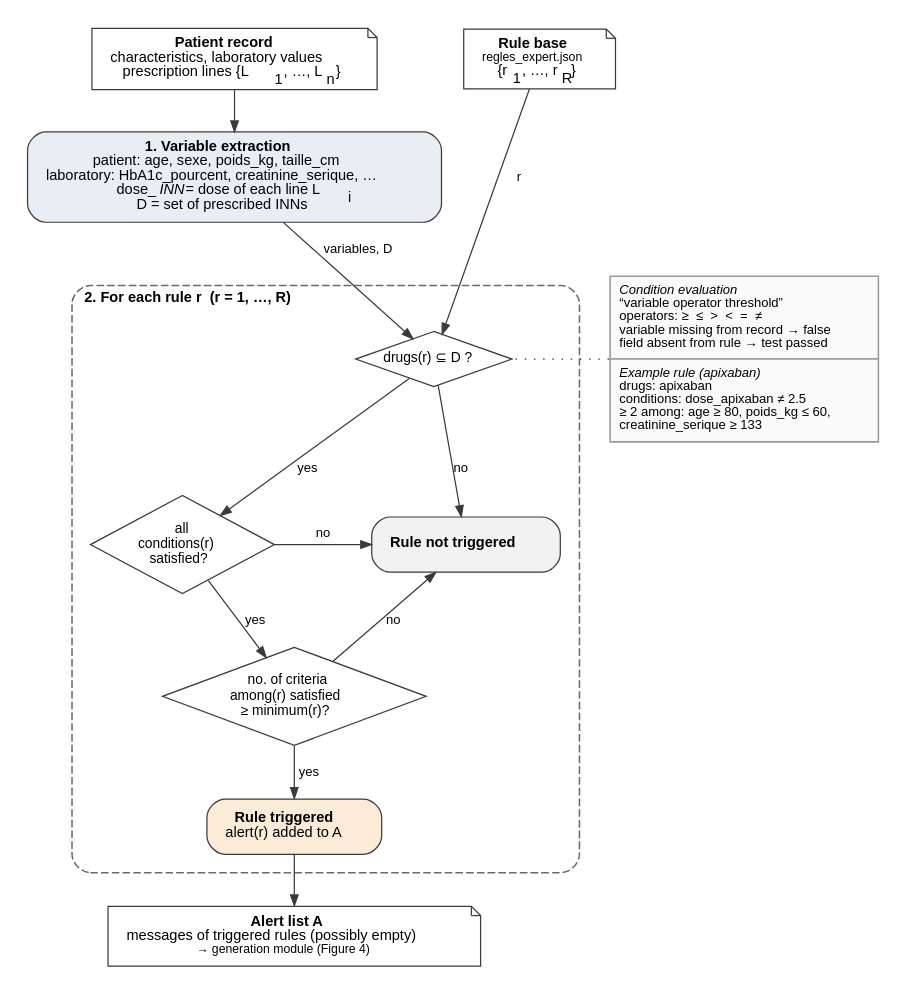
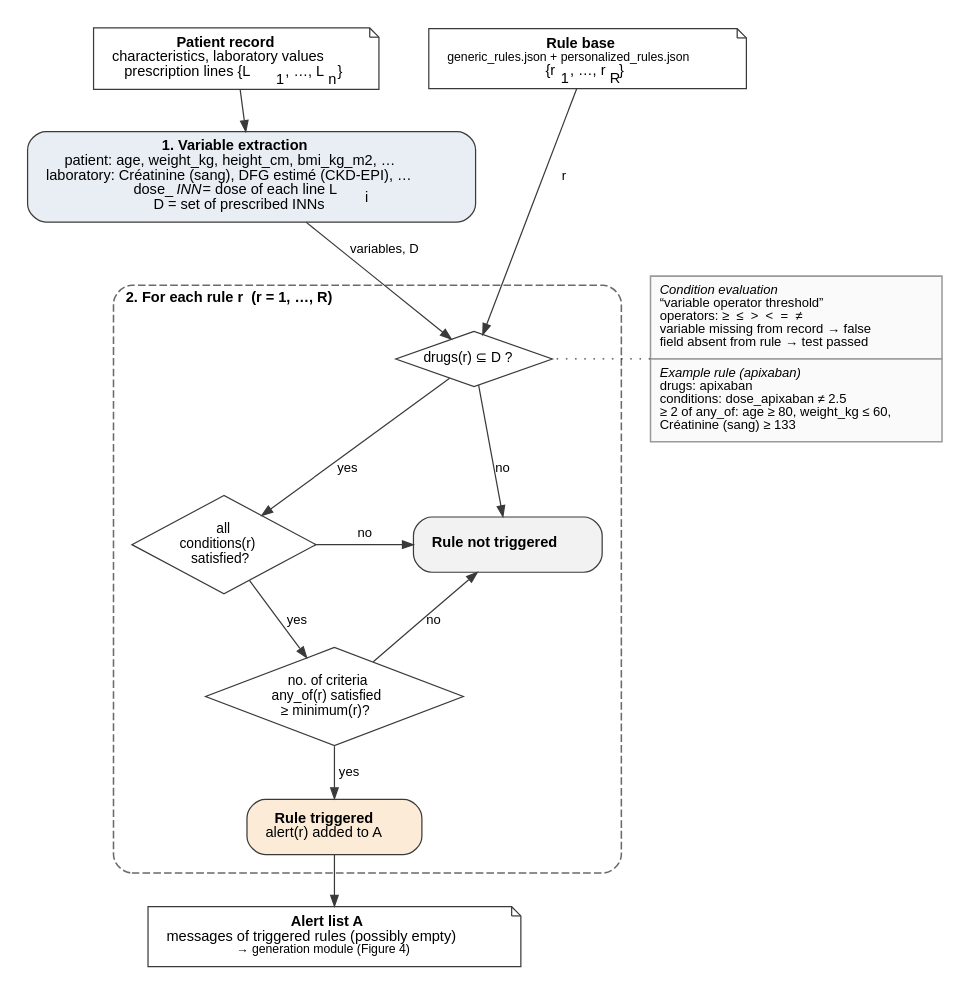
One commit to naikenisen/projet_pui changed the diagram in paper/figures_en/figure_3.dot. Above: the diagram before and after it, drawn with Graphviz. The commit also changed 157 other files, not shown here.

```diff
--- a/paper/figures_en/figure_3.dot
+++ b/paper/figures_en/figure_3.dot
@@ -1,54 +1,54 @@
-// Figure 3: rule-based expert system (expert_system.py)
+// Figure 3: Knowledge-Based System (kbs.py)
 // Export: dot -Tpdf figure_3.dot -o figure_3.pdf
-digraph expert_system {
+digraph kbs {
     graph [rankdir=TB, fontname="Helvetica", fontsize=10, nodesep=0.45, ranksep=0.35, pad=0.15, newrank=true];
     node  [fontname="Helvetica", fontsize=9.5, color="#3A3A3A", penwidth=0.8,
            shape=box, style="rounded,filled", fillcolor="#E9EEF4", margin="0.16,0.08"];
     edge  [fontname="Helvetica", fontsize=8.5, color="#3A3A3A", arrowsize=0.7, penwidth=0.8];
 
     // Inputs
-    dossier [shape=note, style=filled, fillcolor="#FFFFFF", label=<<B>Patient record</B><BR/>characteristics, laboratory values<BR/>prescription lines {L<SUB>1</SUB>, …, L<SUB>n</SUB>}>];
-    regles [shape=note, style=filled, fillcolor="#FFFFFF", label=<<B>Rule base</B><BR/><FONT POINT-SIZE="8.5">regles_expert.json</FONT><BR/>{r<SUB>1</SUB>, …, r<SUB>R</SUB>}>];
-    { rank=same; dossier; regles; }
+    record [shape=note, style=filled, fillcolor="#FFFFFF", label=<<B>Patient record</B><BR/>characteristics, laboratory values<BR/>prescription lines {L<SUB>1</SUB>, …, L<SUB>n</SUB>}>];
+    rules [shape=note, style=filled, fillcolor="#FFFFFF", label=<<B>Rule base</B><BR/><FONT POINT-SIZE="8.5">generic_rules.json + personalized_rules.json</FONT><BR/>{r<SUB>1</SUB>, …, r<SUB>R</SUB>}>];
+    { rank=same; record; rules; }
 
     // Step 1
-    variables [label=<<B>1. Variable extraction</B><BR/>patient: age, sexe, poids_kg, taille_cm<BR/>laboratory: HbA1c_pourcent, creatinine_serique, …<BR/>dose_<I>INN</I> = dose of each line L<SUB>i</SUB><BR/>D = set of prescribed INNs>];
+    variables [label=<<B>1. Variable extraction</B><BR/>patient: age, weight_kg, height_cm, bmi_kg_m2, …<BR/>laboratory: Créatinine (sang), DFG estimé (CKD-EPI), …<BR/>dose_<I>INN</I> = dose of each line L<SUB>i</SUB><BR/>D = set of prescribed INNs>];
 
     // Step 2: iteration over rules
-    subgraph cluster_regles {
+    subgraph cluster_rules {
         label=<<B>2. For each rule r  (r = 1, …, R)</B>>;
         labeljust=l; fontsize=9.5; style="dashed,rounded"; color="#6A6A6A"; margin=12;
 
         node [shape=diamond, style=filled, fillcolor="#FFFFFF", margin="0.02,0.02", fontsize=9];
         t1 [label=<drugs(r) ⊆ D ?>];
         t2 [label=<all<BR/>conditions(r)<BR/>satisfied?>];
-        t3 [label=<no. of criteria<BR/>among(r) satisfied<BR/>≥ minimum(r)?>];
+        t3 [label=<no. of criteria<BR/>any_of(r) satisfied<BR/>≥ minimum(r)?>];
 
         node [shape=box, style="rounded,filled", margin="0.16,0.08", fontsize=9.5];
-        alerte [fillcolor="#FCEBD7", label=<<B>Rule triggered</B><BR/>alert(r) added to A>];
-        rejet  [fillcolor="#F2F2F2", label=<<B>Rule not triggered</B>>];
+        alert [fillcolor="#FCEBD7", label=<<B>Rule triggered</B><BR/>alert(r) added to A>];
+        rejected  [fillcolor="#F2F2F2", label=<<B>Rule not triggered</B>>];
 
         t1 -> t2 [label=" yes"];
         t2 -> t3 [label=" yes"];
-        t3 -> alerte [label=" yes"];
-        t1 -> rejet [label="no"];
-        t2 -> rejet [label="no"];
-        t3 -> rejet [label="no"];
-        { rank=same; t2; rejet; }
+        t3 -> alert [label=" yes"];
+        t1 -> rejected [label="no"];
+        t2 -> rejected [label="no"];
+        t3 -> rejected [label="no"];
+        { rank=same; t2; rejected; }
     }
 
-    syntaxe [shape=plain, fontsize=8.5, label=<<TABLE BORDER="0" CELLBORDER="1" CELLSPACING="0" CELLPADDING="5" COLOR="#9A9A9A">
+    syntax [shape=plain, fontsize=8.5, label=<<TABLE BORDER="0" CELLBORDER="1" CELLSPACING="0" CELLPADDING="5" COLOR="#9A9A9A">
         <TR><TD ALIGN="LEFT" BGCOLOR="#FAFAFA"><I>Condition evaluation</I><BR ALIGN="LEFT"/>“variable operator threshold”<BR ALIGN="LEFT"/>operators: ≥  ≤  &gt;  &lt;  =  ≠<BR ALIGN="LEFT"/>variable missing from record → false<BR ALIGN="LEFT"/>field absent from rule → test passed<BR ALIGN="LEFT"/></TD></TR>
-        <TR><TD ALIGN="LEFT" BGCOLOR="#FAFAFA"><I>Example rule (apixaban)</I><BR ALIGN="LEFT"/>drugs: apixaban<BR ALIGN="LEFT"/>conditions: dose_apixaban ≠ 2.5<BR ALIGN="LEFT"/>≥ 2 among: age ≥ 80, poids_kg ≤ 60,<BR ALIGN="LEFT"/>creatinine_serique ≥ 133<BR ALIGN="LEFT"/></TD></TR>
+        <TR><TD ALIGN="LEFT" BGCOLOR="#FAFAFA"><I>Example rule (apixaban)</I><BR ALIGN="LEFT"/>drugs: apixaban<BR ALIGN="LEFT"/>conditions: dose_apixaban ≠ 2.5<BR ALIGN="LEFT"/>≥ 2 of any_of: age ≥ 80, weight_kg ≤ 60,<BR ALIGN="LEFT"/>Créatinine (sang) ≥ 133<BR ALIGN="LEFT"/></TD></TR>
         </TABLE>>];
-    { rank=same; t1; syntaxe; }
+    { rank=same; t1; syntax; }
 
     // Output
-    sortie [shape=note, style=filled, fillcolor="#FFFFFF", label=<<B>Alert list A</B><BR/>messages of triggered rules (possibly empty)<BR/><FONT POINT-SIZE="8.5">→ generation module (Figure 4)</FONT>>];
+    output [shape=note, style=filled, fillcolor="#FFFFFF", label=<<B>Alert list A</B><BR/>messages of triggered rules (possibly empty)<BR/><FONT POINT-SIZE="8.5">→ generation module (Figure 4)</FONT>>];
 
-    dossier -> variables;
+    record -> variables;
     variables -> t1 [label=" variables, D"];
-    regles -> t1 [label=" r"];
-    syntaxe -> t1 [style=dotted, arrowhead=none];
-    alerte -> sortie;
+    rules -> t1 [label=" r"];
+    syntax -> t1 [style=dotted, arrowhead=none];
+    alert -> output;
 }
```
